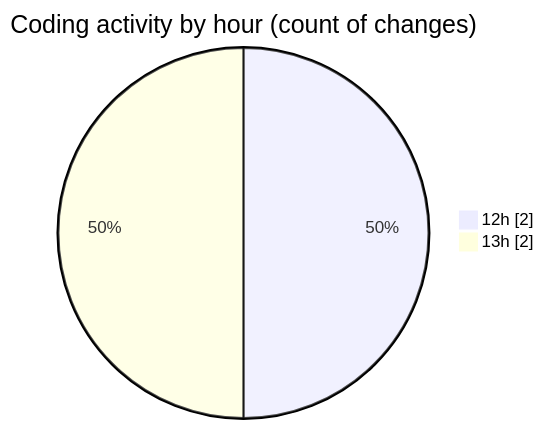
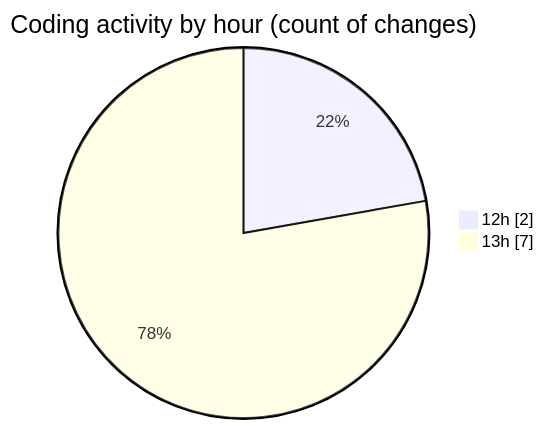
Before and after one commit to charlie-sans/code-tracking: the second of 2 diagrams in 2025-05-03/uhigh-lang/README.md, drawn with Mermaid. The commit also changed other lines of this file and 1 other file, not shown here.

````diff
--- a/2025-05-03/uhigh-lang/README.md
+++ b/2025-05-03/uhigh-lang/README.md
@@ -30,6 +30,6 @@
 ```mermaid
 pie showData
 title Coding activity by hour (count of changes)
 "12h" : 2
-"13h" : 2
+"13h" : 7
 ```
````
